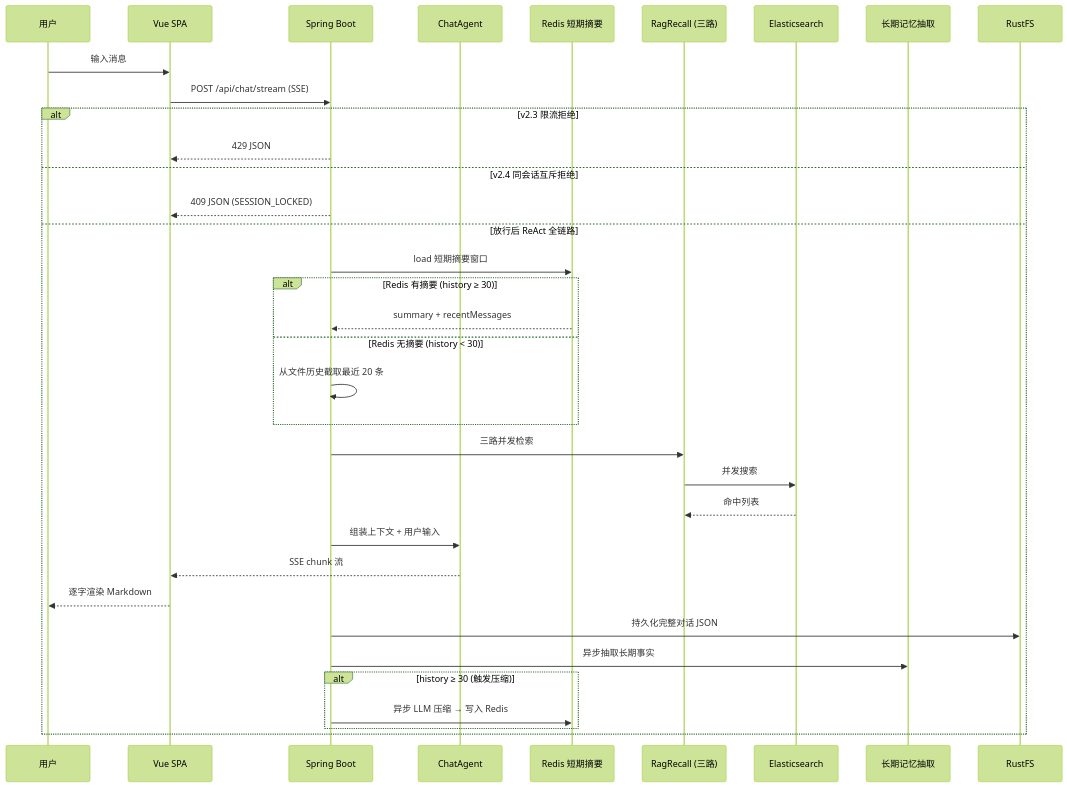
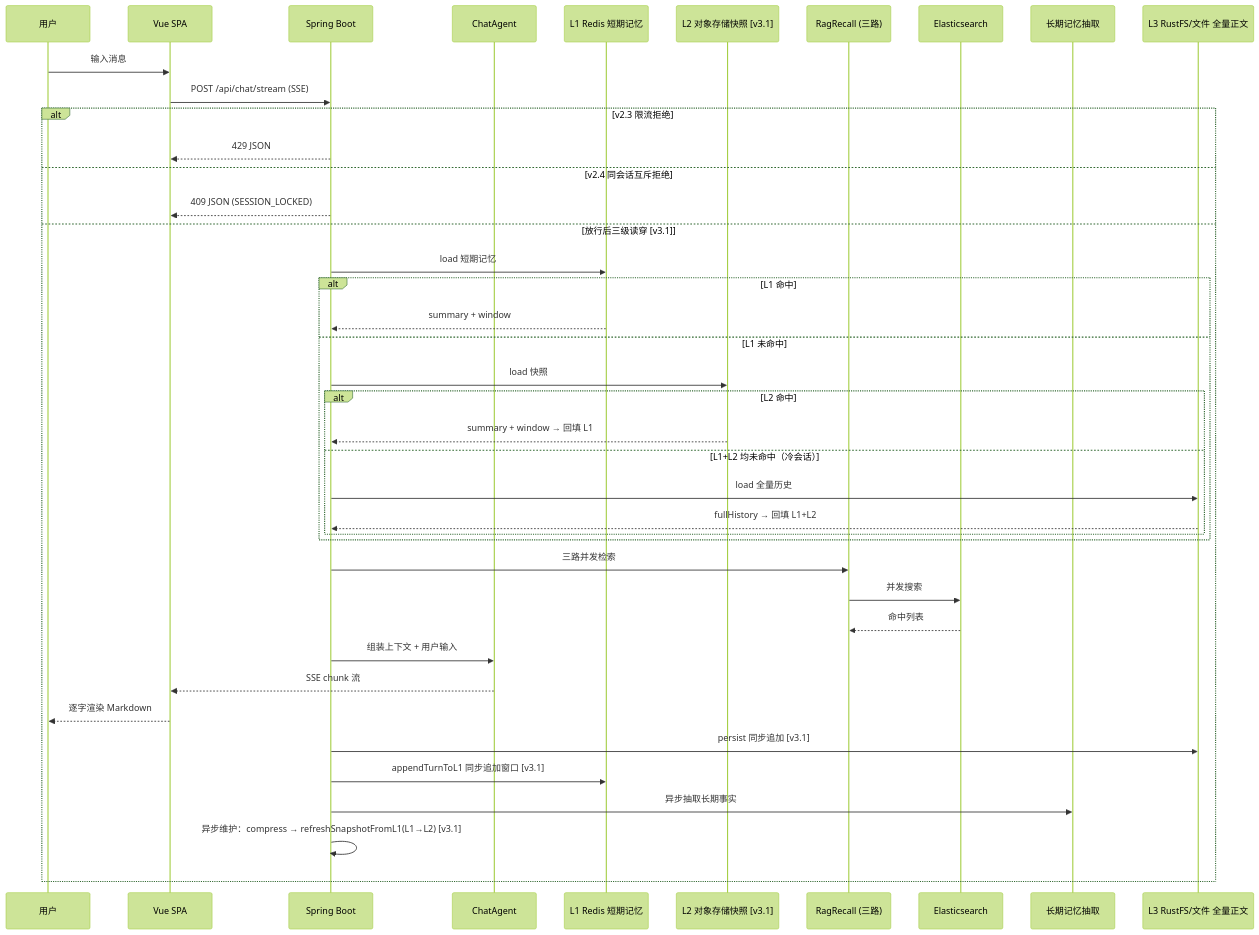
One commit to Yuyu123fish/Fish-Agent changed the third of 3 diagrams in document/v3/v3-全景文档-20260512.md. Above: the diagram before and after it, drawn with Mermaid (forest theme). The commit also changed other lines of this file and 7 other files, not shown here.

````diff
--- a/document/v3/v3-全景文档-20260512.md
+++ b/document/v3/v3-全景文档-20260512.md
@@ -437,38 +445,44 @@
 ```mermaid
 sequenceDiagram
     participant U as 用户
     participant FE as Vue SPA
     participant BE as Spring Boot
     participant Agent as ChatAgent
-    participant STM as Redis 短期摘要
+    participant L1 as L1 Redis 短期记忆
+    participant L2 as L2 对象存储快照 [v3.1]
     participant RAG as RagRecall (三路)
     participant ES as Elasticsearch
     participant LTM as 长期记忆抽取
-    participant RustFS as RustFS
+    participant L3 as L3 RustFS/文件 全量正文
 
     U->>FE: 输入消息
     FE->>BE: POST /api/chat/stream (SSE)
     alt v2.3 限流拒绝
         BE-->>FE: 429 JSON
     else v2.4 同会话互斥拒绝
         BE-->>FE: 409 JSON (SESSION_LOCKED)
-    else 放行后 ReAct 全链路
-        BE->>STM: load 短期摘要窗口
-        alt Redis 有摘要 (history ≥ 30)
-            STM-->>BE: summary + recentMessages
-        else Redis 无摘要 (history < 30)
-            BE->>BE: 从文件历史截取最近 20 条
+    else 放行后三级读穿 [v3.1]
+        BE->>L1: load 短期记忆
+        alt L1 命中
+            L1-->>BE: summary + window
+        else L1 未命中
+            BE->>L2: load 快照
+            alt L2 命中
+                L2-->>BE: summary + window → 回填 L1
+            else L1+L2 均未命中（冷会话）
+                BE->>L3: load 全量历史
+                L3-->>BE: fullHistory → 回填 L1+L2
+            end
         end
         BE->>RAG: 三路并发检索
         RAG->>ES: 并发搜索
         ES-->>RAG: 命中列表
         BE->>Agent: 组装上下文 + 用户输入
         Agent-->>FE: SSE chunk 流
         FE-->>U: 逐字渲染 Markdown
-        BE->>RustFS: 持久化完整对话 JSON
+        BE->>L3: persist 同步追加 [v3.1]
+        BE->>L1: appendTurnToL1 同步追加窗口 [v3.1]
         BE->>LTM: 异步抽取长期事实
-        alt history ≥ 30 (触发压缩)
-            BE->>STM: 异步 LLM 压缩 → 写入 Redis
-        end
+        BE->>BE: 异步维护：compress → refreshSnapshotFromL1(L1→L2) [v3.1]
     end
 ```
````
